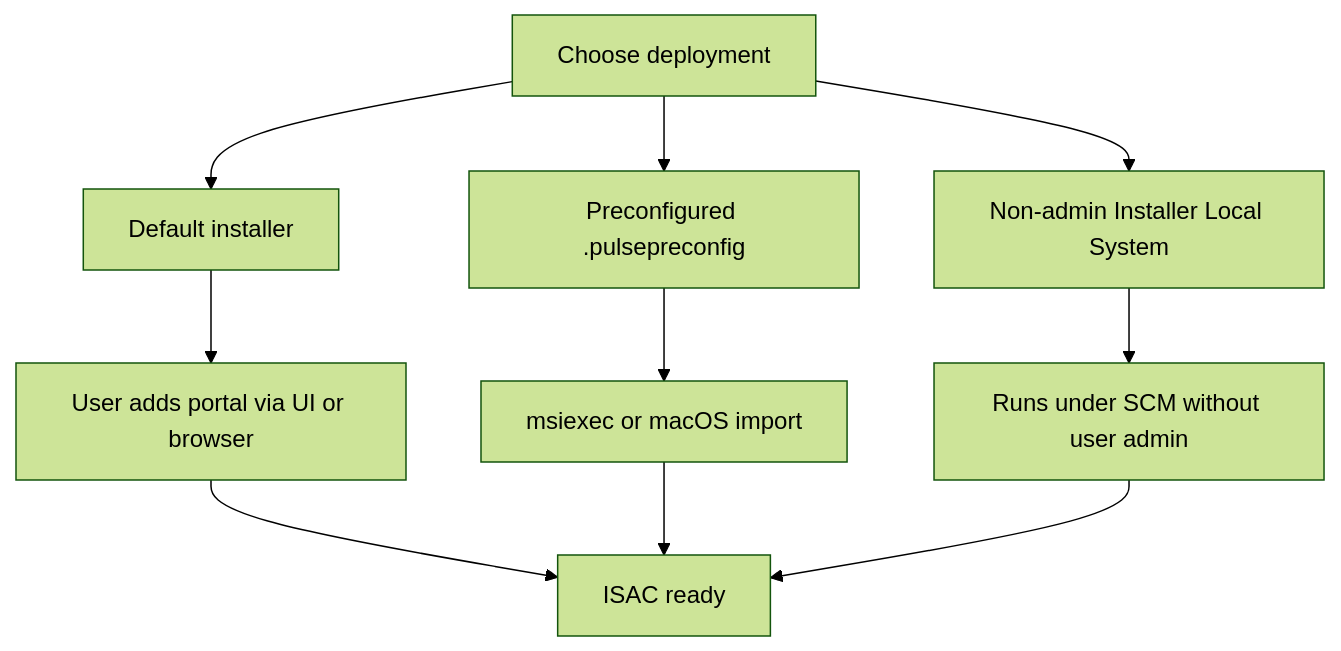
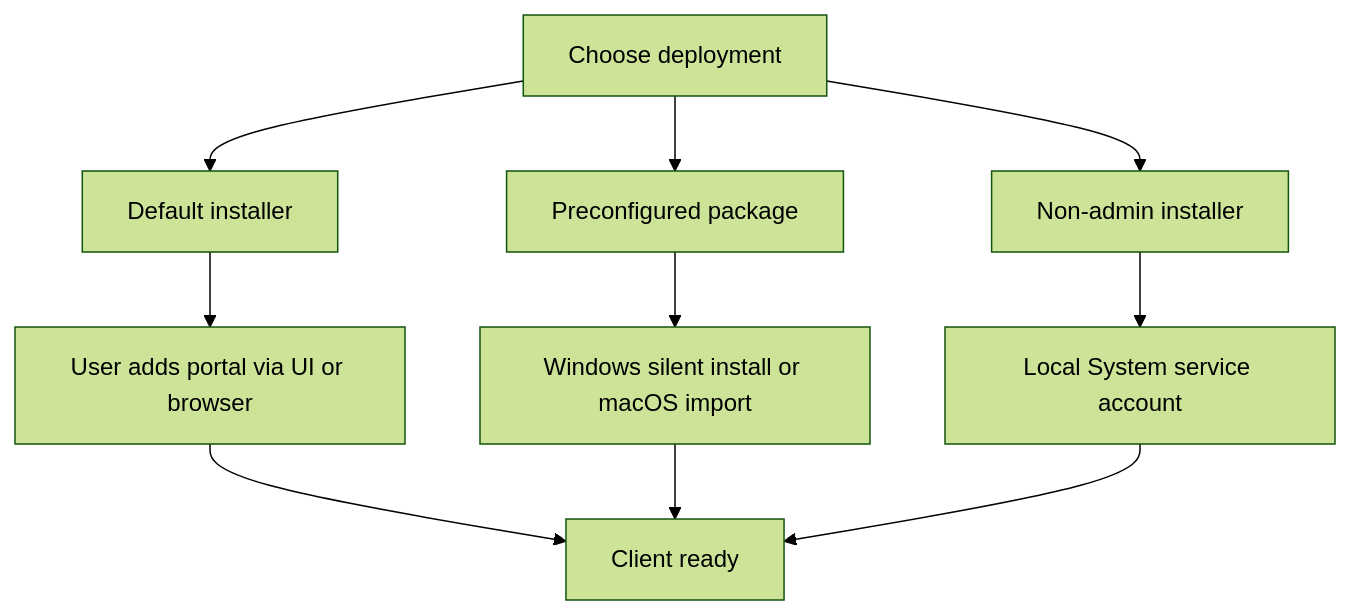
Before and after one commit to roto31/Tunnel-Monitor---Universal: the second of 4 diagrams in docs/vpn-solutions/pulse-ivanti.md, drawn with Mermaid (forest theme). The commit also changed other lines of this file and 22 other files, not shown here.

````diff
--- a/docs/vpn-solutions/pulse-ivanti.md
+++ b/docs/vpn-solutions/pulse-ivanti.md
@@ -54,12 +51,12 @@
 ```mermaid
 flowchart TD
     A[Choose deployment] --> B[Default installer]
-    A --> C[Preconfigured .pulsepreconfig]
-    A --> D[Non-admin Installer Local System]
+    A --> C[Preconfigured package]
+    A --> D[Non-admin installer]
     B --> E[User adds portal via UI or browser]
-    C --> F[msiexec or macOS import]
-    D --> G[Runs under SCM without user admin]
-    E --> H[ISAC ready]
+    C --> F[Windows silent install or macOS import]
+    D --> G[Local System service account]
+    E --> H[Client ready]
     F --> H
     G --> H
 ```
````
